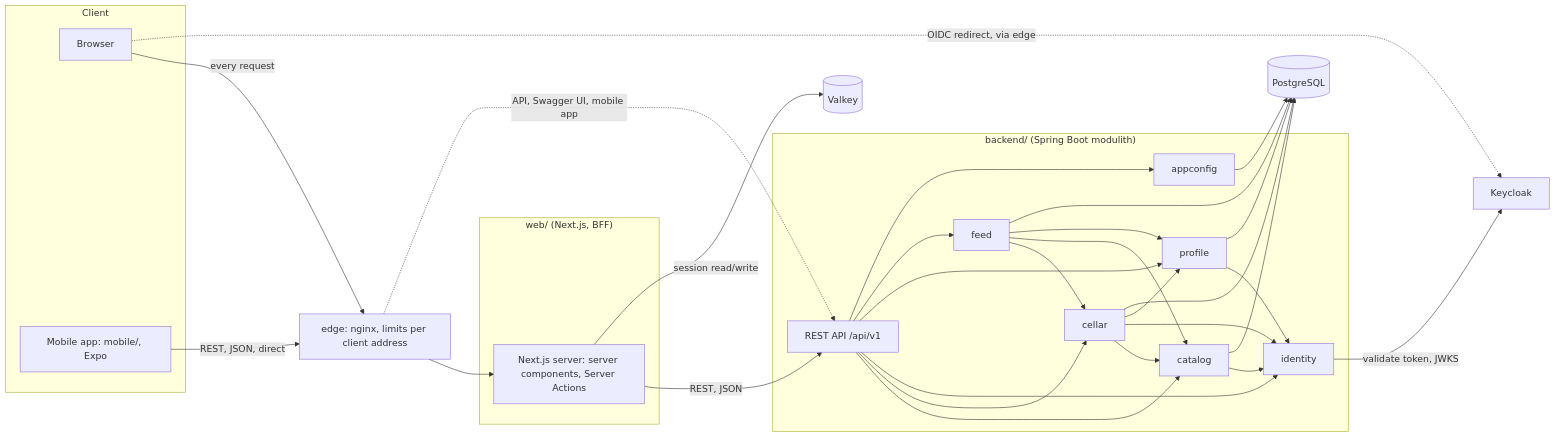
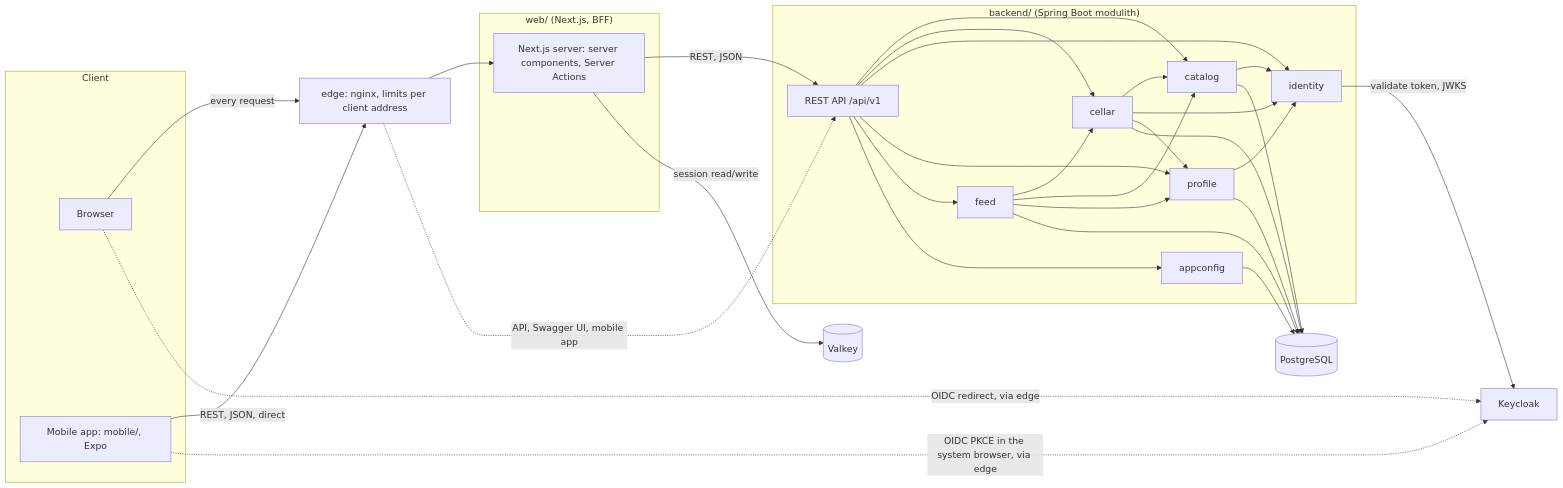
One commit to MiguelSombrero/kalia changed the diagram in docs/architecture.md. Above: the diagram before and after it, drawn with Mermaid. The commit also changed other lines of this file and 6 other files, not shown here.

````diff
--- a/docs/architecture.md
+++ b/docs/architecture.md
@@ -66,33 +70,34 @@
 ```mermaid
 flowchart LR
     subgraph Client
         Browser
         App[Mobile app: mobile/, Expo]
     end
     subgraph Web["web/ (Next.js, BFF)"]
         NX[Next.js server: server components, Server Actions]
     end
     subgraph Backend["backend/ (Spring Boot modulith)"]
         API[REST API /api/v1]
         CAT[catalog]
         CEL[cellar]
         IDN[identity]
         PROF[profile]
         FED[feed]
         CFG[appconfig]
     end
     Browser -->|every request| EDGE[edge: nginx, limits per client address]
     App -->|REST, JSON, direct| EDGE
     EDGE --> NX
     EDGE -.->|API, Swagger UI, mobile app| API
     NX -->|REST, JSON| API
     API --> CAT & CEL & IDN & PROF & FED & CFG
     CAT --> IDN
     CEL --> CAT & IDN & PROF
     PROF --> IDN
     FED --> CEL & CAT & PROF
     CAT & CEL & PROF & FED & CFG --> PG[(PostgreSQL)]
     Browser -.->|OIDC redirect, via edge| KC[Keycloak]
+    App -.->|OIDC PKCE in the system browser, via edge| KC
     NX -->|session read/write| VK[(Valkey)]
     IDN -->|validate token, JWKS| KC
 ```
````
